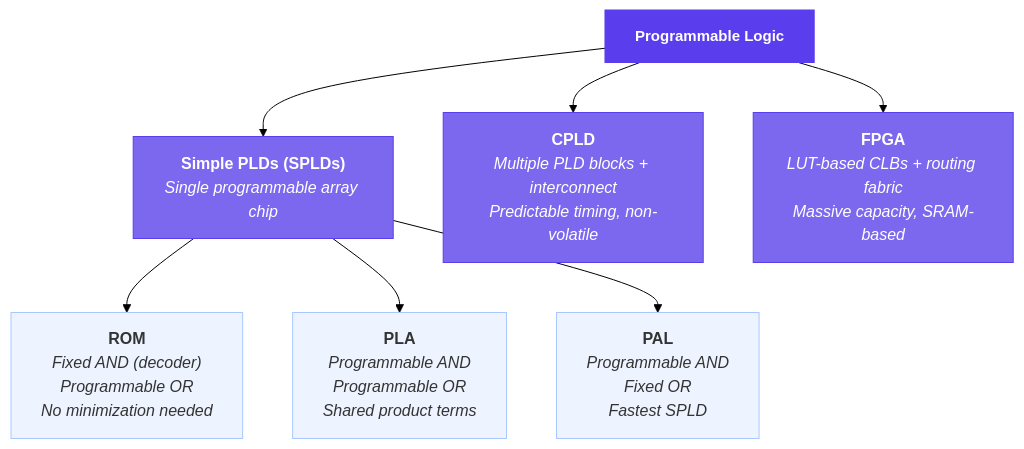
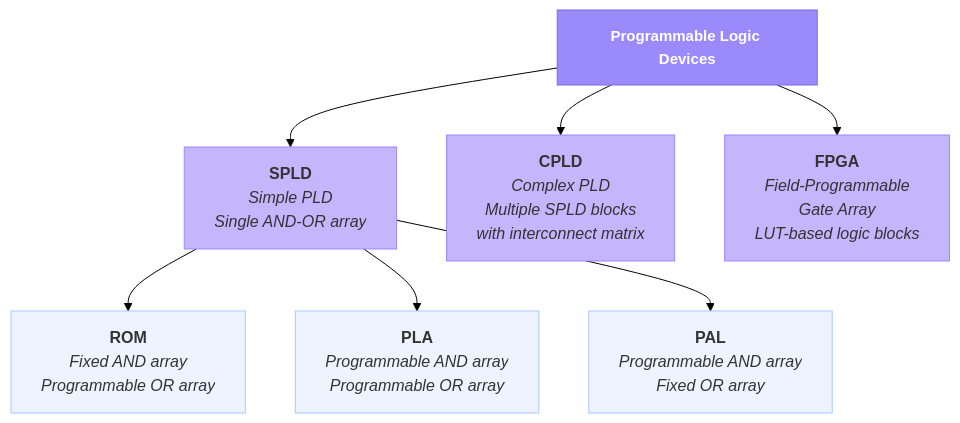
One commit to Nati-123/intelligent-textbook-ee2301 changed the first of 2 diagrams in docs/unit11-programmable-logic/index.md. Above: the diagram before and after it, drawn with Mermaid (forest theme).

Commit message:
Revise 11.6 PLD Family Hierarchy diagram for accuracy and clarity

````diff
--- a/docs/unit11-programmable-logic/index.md
+++ b/docs/unit11-programmable-logic/index.md
@@ -317,19 +317,20 @@
 ```mermaid
 graph TD
-    PL["<b>Programmable Logic</b>"]
-    PL --> SPLD["<b>Simple PLDs (SPLDs)</b><br/><i>Single programmable array chip</i>"]
-    PL --> CPLD["<b>CPLD</b><br/><i>Multiple PLD blocks + interconnect<br/>Predictable timing, non-volatile</i>"]
-    PL --> FPGA["<b>FPGA</b><br/><i>LUT-based CLBs + routing fabric<br/>Massive capacity, SRAM-based</i>"]
+    PL["<b>Programmable Logic Devices</b>"]
 
-    SPLD --> ROM["<b>ROM</b><br/><i>Fixed AND (decoder)<br/>Programmable OR<br/>No minimization needed</i>"]
-    SPLD --> PLA["<b>PLA</b><br/><i>Programmable AND<br/>Programmable OR<br/>Shared product terms</i>"]
-    SPLD --> PAL["<b>PAL</b><br/><i>Programmable AND<br/>Fixed OR<br/>Fastest SPLD</i>"]
+    PL --> SPLD["<b>SPLD</b><br/><i>Simple PLD</i><br/><i>Single AND-OR array</i>"]
+    PL --> CPLD["<b>CPLD</b><br/><i>Complex PLD</i><br/><i>Multiple SPLD blocks</i><br/><i>with interconnect matrix</i>"]
+    PL --> FPGA["<b>FPGA</b><br/><i>Field-Programmable</i><br/><i>Gate Array</i><br/><i>LUT-based logic blocks</i>"]
 
-    style PL fill:#5A3EED,stroke:#5A3EED,color:#fff,font-size:15px
-    style SPLD fill:#7B68EE,stroke:#5A3EED,color:#fff
-    style CPLD fill:#7B68EE,stroke:#5A3EED,color:#fff
-    style FPGA fill:#7B68EE,stroke:#5A3EED,color:#fff
+    SPLD --> ROM["<b>ROM</b><br/><i>Fixed AND array</i><br/><i>Programmable OR array</i>"]
+    SPLD --> PLA["<b>PLA</b><br/><i>Programmable AND array</i><br/><i>Programmable OR array</i>"]
+    SPLD --> PAL["<b>PAL</b><br/><i>Programmable AND array</i><br/><i>Fixed OR array</i>"]
+
+    style PL fill:#9B8AFB,stroke:#7B68EE,color:#fff,font-size:15px
+    style SPLD fill:#C4B5FD,stroke:#9B8AFB,color:#333
+    style CPLD fill:#C4B5FD,stroke:#9B8AFB,color:#333
+    style FPGA fill:#C4B5FD,stroke:#9B8AFB,color:#333
     style ROM fill:#EEF4FF,stroke:#A8C8FF,color:#333
     style PLA fill:#EEF4FF,stroke:#A8C8FF,color:#333
     style PAL fill:#EEF4FF,stroke:#A8C8FF,color:#333
 ```
````
